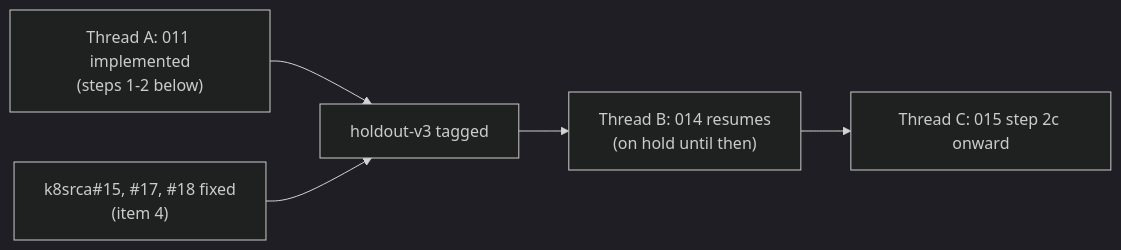
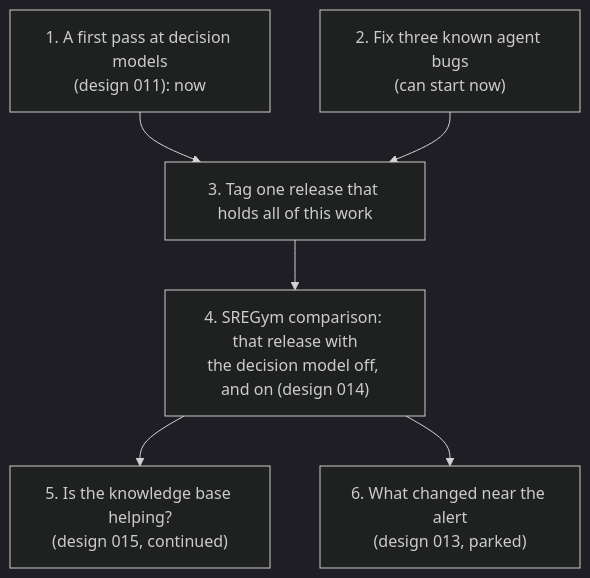
Before and after one commit to BenedatLLC/k8srca: the diagram in docs/todo.md, drawn with Mermaid (dark theme). The commit also changed other lines of this file and 6 other files, not shown here.

First line of the commit message:
Docs: todo.md rewritten in plain English; first pass at 011, one tag

````diff
--- a/docs/todo.md
+++ b/docs/todo.md
@@ -42,7 +53,14 @@
 ```mermaid
-flowchart LR
-  A["Thread A: 011 implemented<br/>(steps 1-2 below)"] --> T["holdout-v3 tagged"]
-  F["k8srca#15, #17, #18 fixed<br/>(item 4)"] --> T
-  T --> B["Thread B: 014 resumes<br/>(on hold until then)"]
-  B --> C["Thread C: 015 step 2c onward"]
+flowchart TD
+  J["1. A first pass at decision models<br/>(design 011): now"]
+  F["2. Fix three known agent bugs<br/>(can start now)"]
+  T["3. Tag one release that holds all of this work"]
+  S["4. SREGym comparison: that release with<br/>the decision model off, and on (design 014)"]
+  K["5. Is the knowledge base helping?<br/>(design 015, continued)"]
+  W["6. What changed near the alert<br/>(design 013, parked)"]
+  J --> T
+  F --> T
+  T --> S
+  S --> K
+  S --> W
 ```
````
